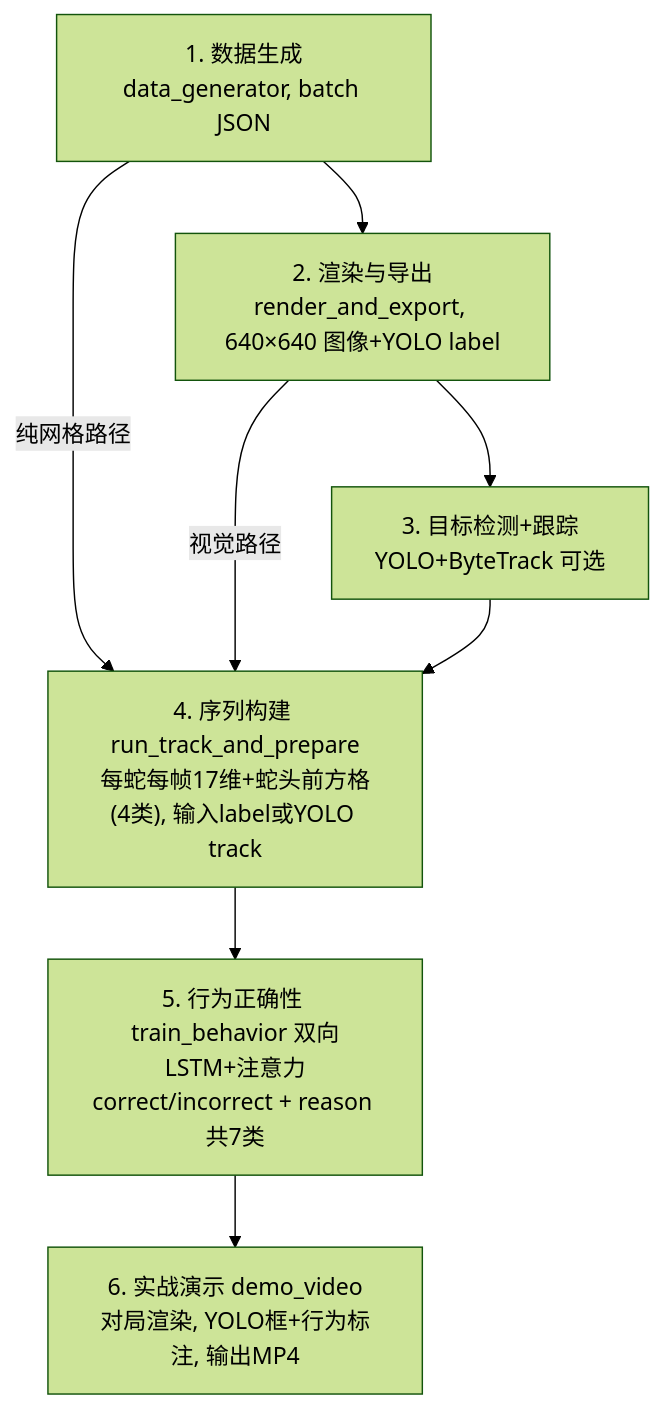
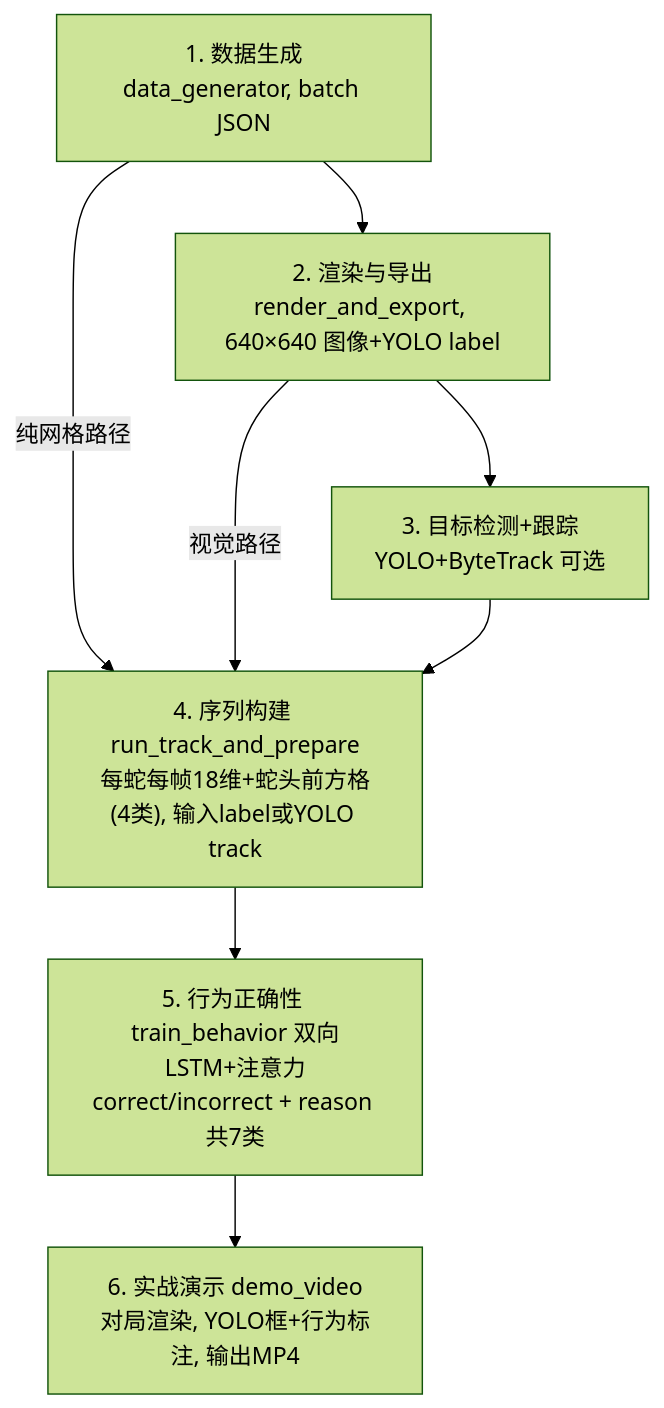
One commit to HeliumAreFlying/behavior_detection changed the diagram in README.md. Above: the diagram before and after it, drawn with Mermaid (forest theme). The commit also changed other lines of this file, not shown here.

````diff
--- a/README.md
+++ b/README.md
@@ -9,19 +9,19 @@
 ```mermaid
 flowchart TB
     A["1. 数据生成<br/>data_generator, batch JSON"]
     B["2. 渲染与导出<br/>render_and_export, 640×640 图像+YOLO label"]
     C["3. 目标检测+跟踪<br/>YOLO+ByteTrack 可选"]
 
     A --> B --> C
     A -->|纯网格路径| D
     B -->|视觉路径| D
     C --> D
 
-    D["4. 序列构建 run_track_and_prepare<br/>每蛇每帧17维+蛇头前方格(4类), 输入label或YOLO track"]
+    D["4. 序列构建 run_track_and_prepare<br/>每蛇每帧18维+蛇头前方格(4类), 输入label或YOLO track"]
     D --> E
 
     E["5. 行为正确性 train_behavior 双向LSTM+注意力<br/>correct/incorrect + reason 共7类"]
     E --> F
 
     F["6. 实战演示 demo_video<br/>对局渲染, YOLO框+行为标注, 输出MP4"]
 ```
````
